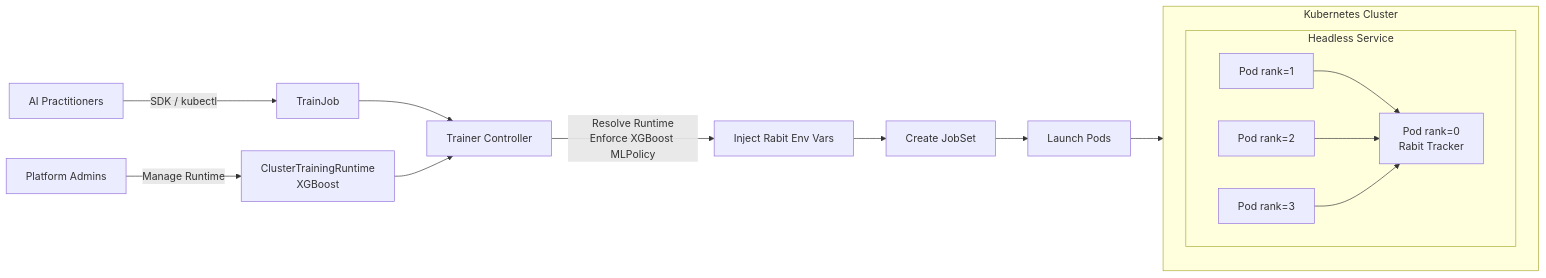
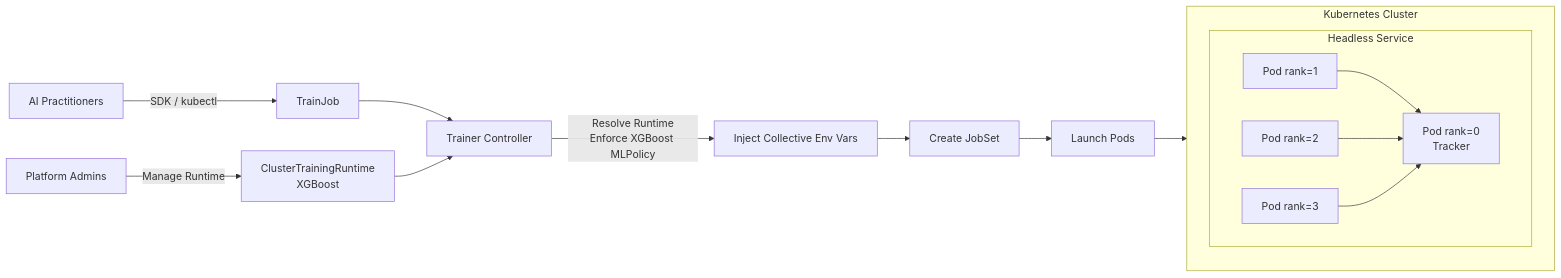
The first of 2 diagrams in docs/proposals/2598-XGboost-runtime-trainer-v2/README.md (kubeflow/trainer), drawn with Mermaid before and after one commit. The commit also changed other lines of this file, not shown here.

Commit message:
KEP-2598:Adressed review feedback(Update to XGBoost 2.0 collective API)

````diff
--- a/docs/proposals/2598-XGboost-runtime-trainer-v2/README.md
+++ b/docs/proposals/2598-XGboost-runtime-trainer-v2/README.md
@@ -57,27 +56,27 @@
 ```mermaid
 flowchart LR
     A[AI Practitioners] -->|SDK / kubectl| B[TrainJob]
     C[Platform Admins] -->|Manage Runtime| D[ClusterTrainingRuntime<br/>XGBoost]
 
     B --> E[Trainer Controller]
     D --> E
 
-    E -->|Resolve Runtime<br/>Enforce XGBoost MLPolicy| F[Inject Rabit Env Vars]
+    E -->|Resolve Runtime<br/>Enforce XGBoost MLPolicy| F[Inject Collective Env Vars]
     F --> G[Create JobSet]
     G --> H[Launch Pods]
 
     subgraph K8s["Kubernetes Cluster"]
         subgraph HS["Headless Service"]
-            P0[Pod rank=0<br/>Rabit Tracker]
+            P0[Pod rank=0<br/>Tracker]
             P1[Pod rank=1]
             P2[Pod rank=2]
             P3[Pod rank=3]
         end
         P1 --> P0
         P2 --> P0
         P3 --> P0
     end
 
     H --> K8s
 
 ```
````
